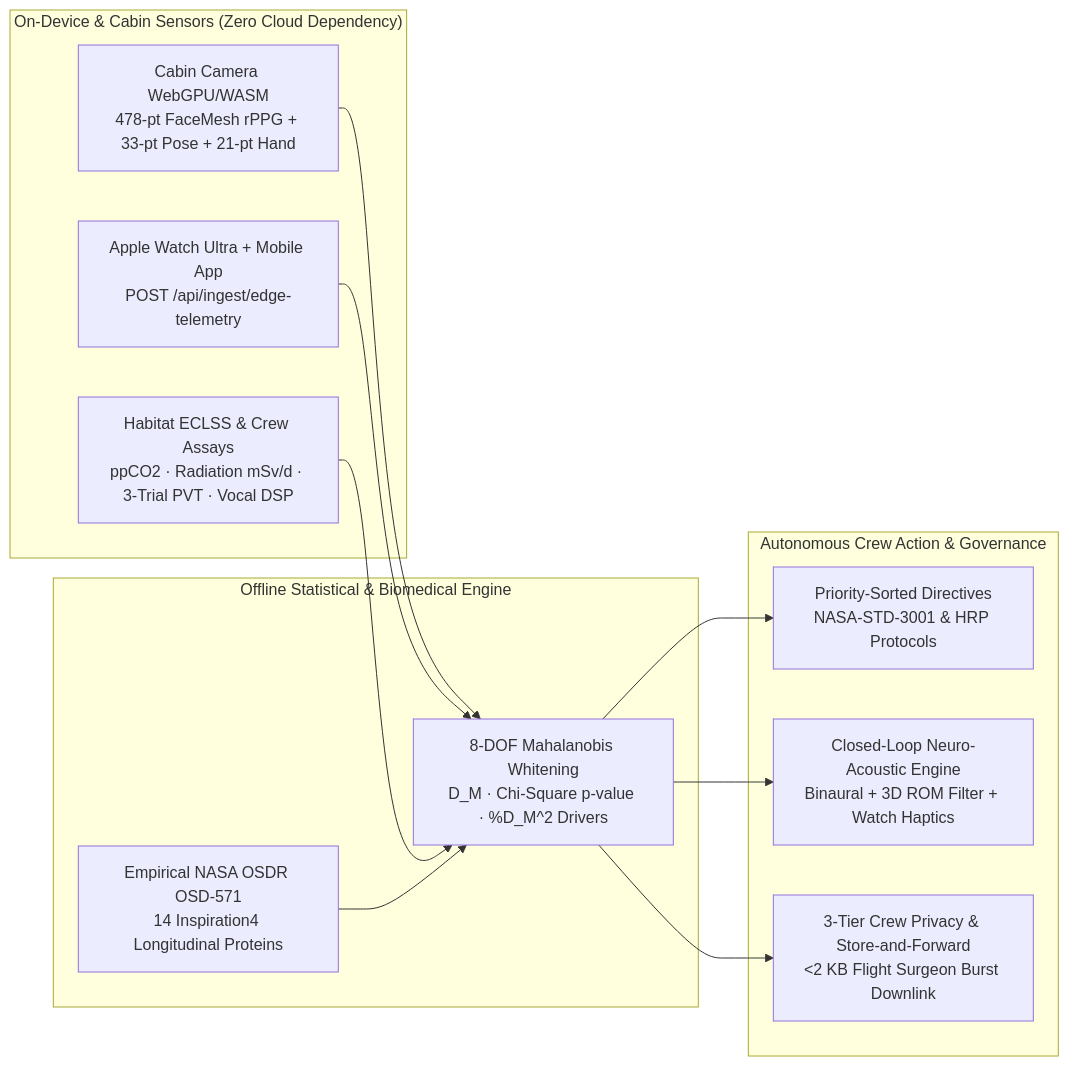
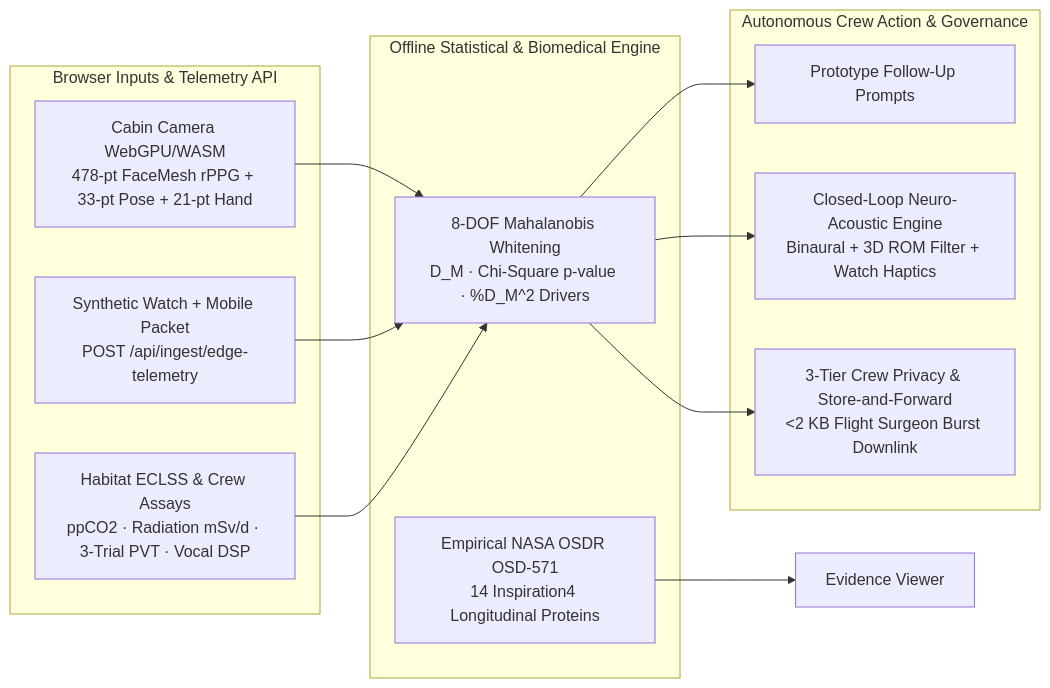
One commit to x1jiang/astrokinetics changed the diagram in README.md. Above: the diagram before and after it, drawn with Mermaid. The commit also changed other lines of this file and 19 other files, not shown here.

````diff
--- a/README.md
+++ b/README.md
@@ -38,27 +41,27 @@
 ```mermaid
 flowchart LR
-  subgraph Edge["On-Device & Cabin Sensors (Zero Cloud Dependency)"]
+  subgraph Edge["Browser Inputs & Telemetry API"]
     CAM["Cabin Camera WebGPU/WASM\n478-pt FaceMesh rPPG + 33-pt Pose + 21-pt Hand"]
-    WATCH["Apple Watch Ultra + Mobile App\nPOST /api/ingest/edge-telemetry"]
+    WATCH["Synthetic Watch + Mobile Packet\nPOST /api/ingest/edge-telemetry"]
     ECLSS["Habitat ECLSS & Crew Assays\nppCO2 · Radiation mSv/d · 3-Trial PVT · Vocal DSP"]
   end
 
   subgraph Core["Offline Statistical & Biomedical Engine"]
     MAH["8-DOF Mahalanobis Whitening\nD_M · Chi-Square p-value · %D_M^2 Drivers"]
     OSDR["Empirical NASA OSDR OSD-571\n14 Inspiration4 Longitudinal Proteins"]
   end
 
   subgraph Act["Autonomous Crew Action & Governance"]
-    CM["Priority-Sorted Directives\nNASA-STD-3001 & HRP Protocols"]
+    CM["Prototype Follow-Up Prompts"]
     NEURO["Closed-Loop Neuro-Acoustic Engine\nBinaural + 3D ROM Filter + Watch Haptics"]
     PRIV["3-Tier Crew Privacy & Store-and-Forward\n<2 KB Flight Surgeon Burst Downlink"]
   end
 
   CAM --> MAH
   WATCH --> MAH
   ECLSS --> MAH
-  OSDR --> MAH
+  OSDR --> EVIDENCE["Evidence Viewer"]
   MAH --> CM
   MAH --> NEURO
   MAH --> PRIV
 ```
````
